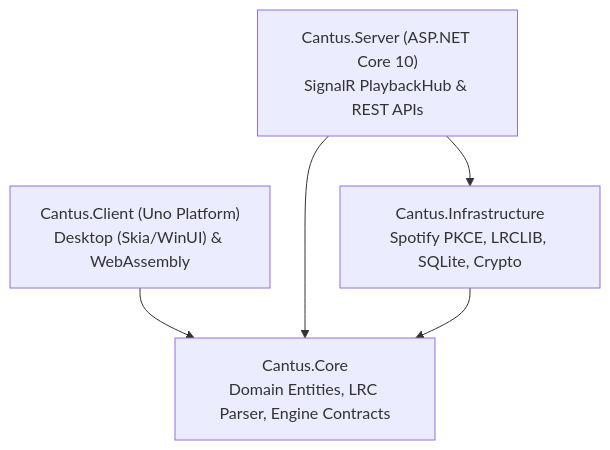
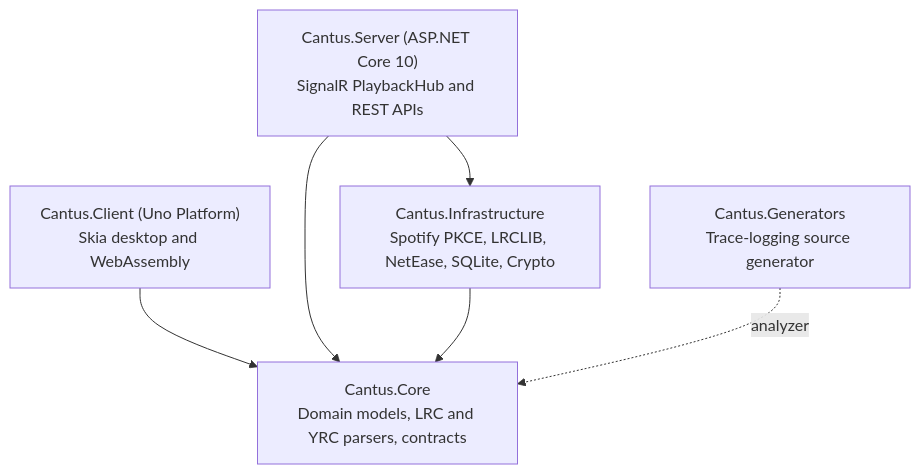
The diagram in docs/contributing/index.md (jav76/Cantus), drawn with Mermaid before and after one commit. The commit also changed other lines of this file and 8 other files, not shown here.

Commit message:
docs: correct architecture, theming and contributing pages against the code

````diff
--- a/docs/contributing/index.md
+++ b/docs/contributing/index.md
@@ -77,12 +83,14 @@
 ```mermaid
 flowchart TB
-    Client["Cantus.Client (Uno Platform)<br/>Desktop (Skia/WinUI) & WebAssembly"]
-    Server["Cantus.Server (ASP.NET Core 10)<br/>SignalR PlaybackHub & REST APIs"]
-    Infra["Cantus.Infrastructure<br/>Spotify PKCE, LRCLIB, SQLite, Crypto"]
-    Core["Cantus.Core<br/>Domain Entities, LRC Parser, Engine Contracts"]
+    Client["Cantus.Client (Uno Platform)<br/>Skia desktop and WebAssembly"]
+    Server["Cantus.Server (ASP.NET Core 10)<br/>SignalR PlaybackHub and REST APIs"]
+    Infra["Cantus.Infrastructure<br/>Spotify PKCE, LRCLIB, NetEase, SQLite, Crypto"]
+    Core["Cantus.Core<br/>Domain models, LRC and YRC parsers, contracts"]
+    Gen["Cantus.Generators<br/>Trace-logging source generator"]
 
     Client --> Core
     Server --> Infra
     Server --> Core
     Infra --> Core
+    Gen -. "analyzer" .-> Core
 ```
````
